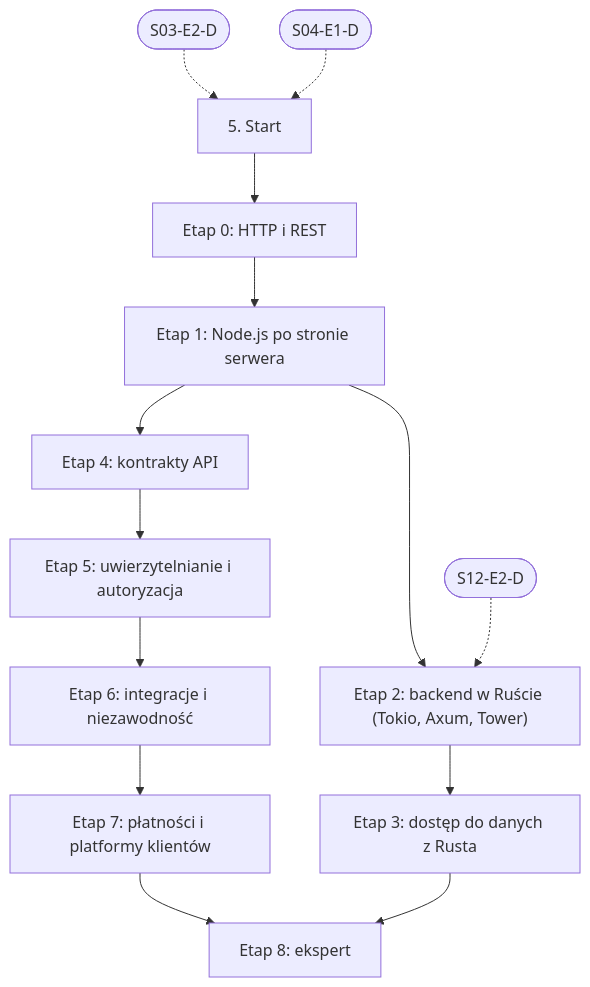
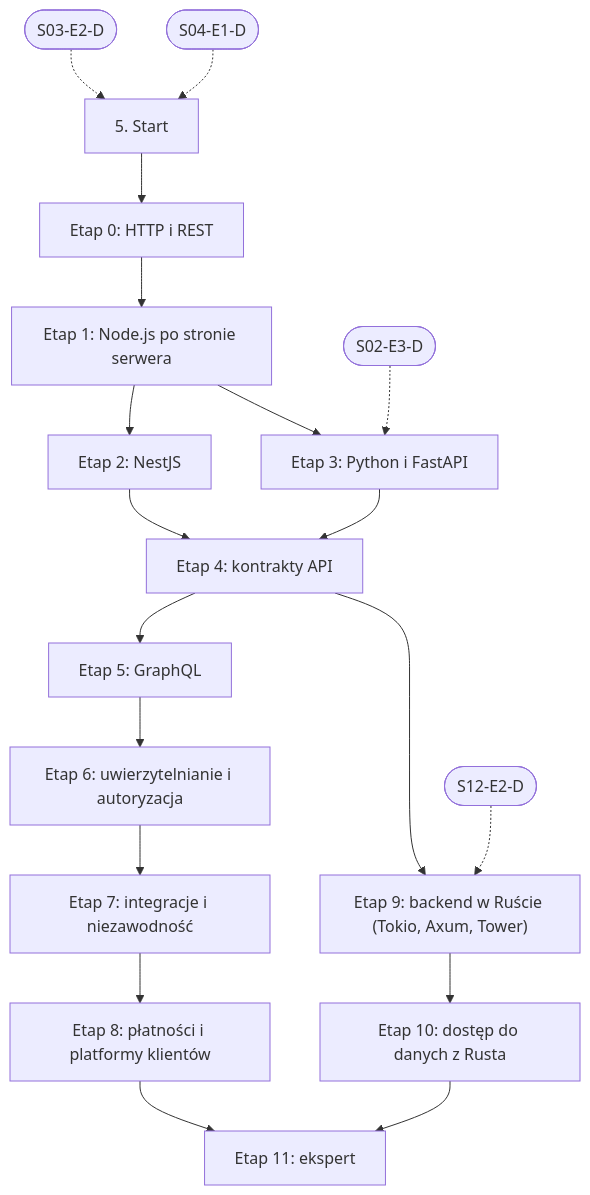
The diagram in linear/05-backend-i-api.md (danjarosz/software-development-learning-path), drawn with Mermaid before and after one commit. The commit also changed other lines of this file and 65 other files, not shown here.

First line of the commit message:
feat: popraw ścieżki nauki po przeglądzie i dodaj NestJS, FastAPI i GraphQL

````diff
--- a/linear/05-backend-i-api.md
+++ b/linear/05-backend-i-api.md
@@ -93,26 +94,34 @@
 ```mermaid
 flowchart TD
   START["5. Start"]
   E0["Etap 0: HTTP i REST"]
   E1["Etap 1: Node.js po stronie serwera"]
-  E2["Etap 2: backend w Ruście (Tokio, Axum, Tower)"]
-  E3["Etap 3: dostęp do danych z Rusta"]
+  E2["Etap 2: NestJS"]
+  E3["Etap 3: Python i FastAPI"]
   E4["Etap 4: kontrakty API"]
-  E5["Etap 5: uwierzytelnianie i autoryzacja"]
-  E6["Etap 6: integracje i niezawodność"]
-  E7["Etap 7: płatności i platformy klientów"]
-  E8["Etap 8: ekspert"]
+  E5["Etap 5: GraphQL"]
+  E6["Etap 6: uwierzytelnianie i autoryzacja"]
+  E7["Etap 7: integracje i niezawodność"]
+  E8["Etap 8: płatności i platformy klientów"]
+  E9["Etap 9: backend w Ruście (Tokio, Axum, Tower)"]
+  E10["Etap 10: dostęp do danych z Rusta"]
+  E11["Etap 11: ekspert"]
   START --> E0
   E0 --> E1
   E1 --> E2
-  XS12E2D(["S12-E2-D"]) -.-> E2
-  E2 --> E3
-  E1 --> E4
+  E1 --> E3
+  XS02E3D(["S02-E3-D"]) -.-> E3
+  E2 --> E4
+  E3 --> E4
   E4 --> E5
   E5 --> E6
   E6 --> E7
   E7 --> E8
-  E3 --> E8
+  E4 --> E9
+  XS12E2D(["S12-E2-D"]) -.-> E9
+  E9 --> E10
+  E8 --> E11
+  E10 --> E11
   XS03E2D(["S03-E2-D"]) -.-> START
   XS04E1D(["S04-E1-D"]) -.-> START
 ```
````
